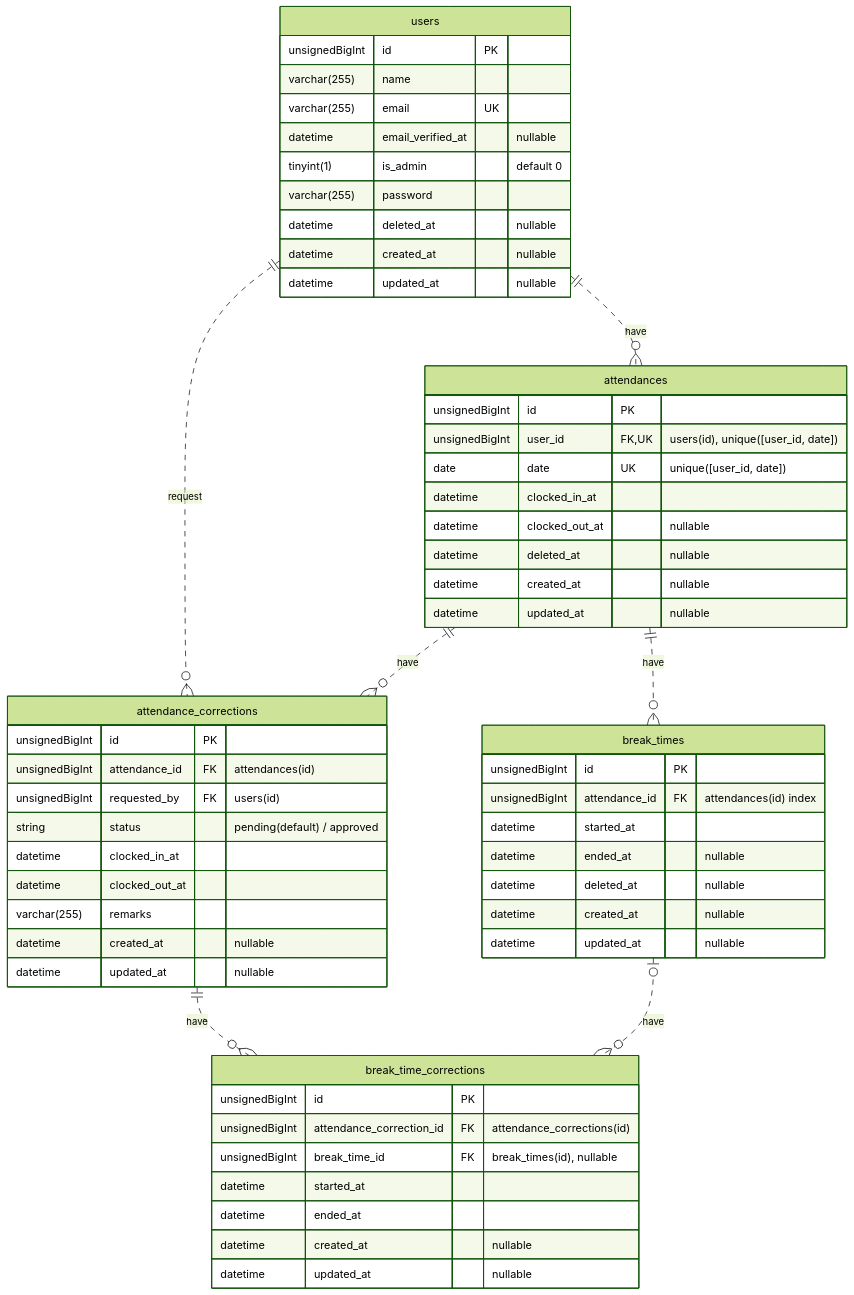
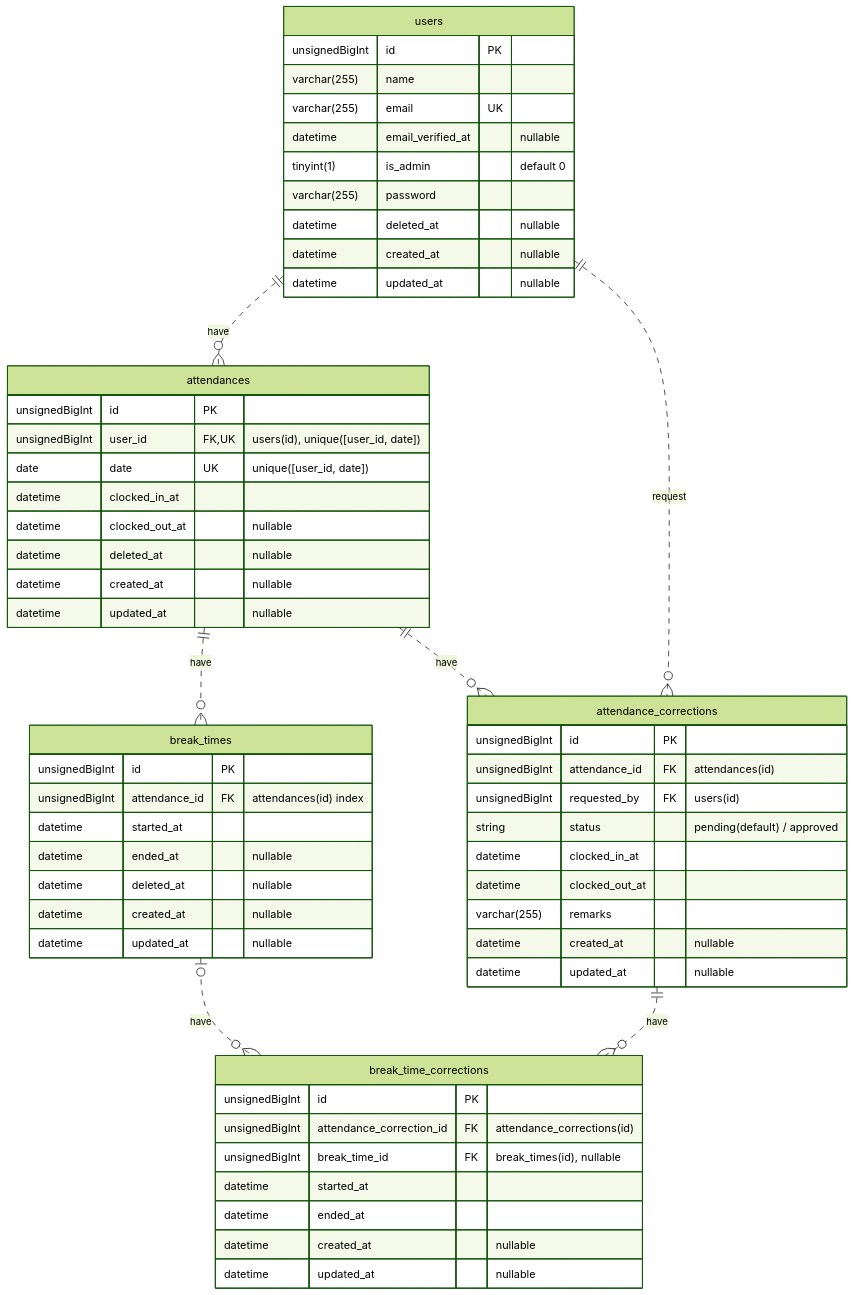
The diagram in README.md (sangwon-lee302/time-and-attendance), drawn with Mermaid (forest theme) before and after one commit. The commit also changed other lines of this file, not shown here.

Commit message:
refactor: change order in er diagram

````diff
--- a/README.md
+++ b/README.md
@@ -31,64 +31,64 @@
 ```mermaid
 erDiagram
     users ||..o{ attendances: "have"
     users ||..o{ attendance_corrections: "request"
     attendances ||..o{ break_times: "have"
     attendances ||..o{ attendance_corrections: "have"
+    break_times |o..o{ break_time_corrections: "have"
     attendance_corrections ||..o{ break_time_corrections: "have"
-    break_times |o..o{ break_time_corrections: "have"
 
     users {
         unsignedBigInt id PK
         varchar(255) name
         varchar(255) email UK
         datetime email_verified_at "nullable"
         tinyint(1) is_admin "default 0"
         varchar(255) password
         datetime deleted_at "nullable"
         datetime created_at "nullable"
         datetime updated_at "nullable"
     }
 
     attendances {
         unsignedBigInt id PK
         unsignedBigInt user_id FK, UK "users(id), unique([user_id, date])"
         date date UK "unique([user_id, date])"
         datetime clocked_in_at
         datetime clocked_out_at "nullable"
         datetime deleted_at "nullable"
         datetime created_at "nullable"
         datetime updated_at "nullable"
     }
 
     break_times {
         unsignedBigInt id PK
         unsignedBigInt attendance_id FK "attendances(id) index"
         datetime started_at
         datetime ended_at "nullable"
         datetime deleted_at "nullable"
         datetime created_at "nullable"
         datetime updated_at "nullable"
     }
 
     attendance_corrections {
         unsignedBigInt id PK
         unsignedBigInt attendance_id FK "attendances(id)"
         unsignedBigInt requested_by FK "users(id)"
         string status "pending(default) / approved"
         datetime clocked_in_at
         datetime clocked_out_at
         varchar(255) remarks
         datetime created_at "nullable"
         datetime updated_at "nullable"
     }
 
     break_time_corrections {
         unsignedBigInt id PK
         unsignedBigInt attendance_correction_id FK "attendance_corrections(id)"
         unsignedBigInt break_time_id FK "break_times(id), nullable"
         datetime started_at
         datetime ended_at
         datetime created_at "nullable"
         datetime updated_at "nullable"
     }
 ```
````
